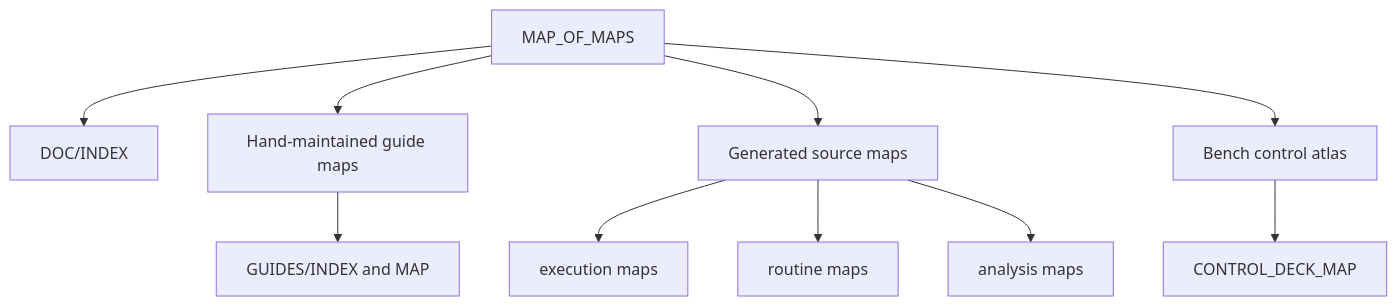
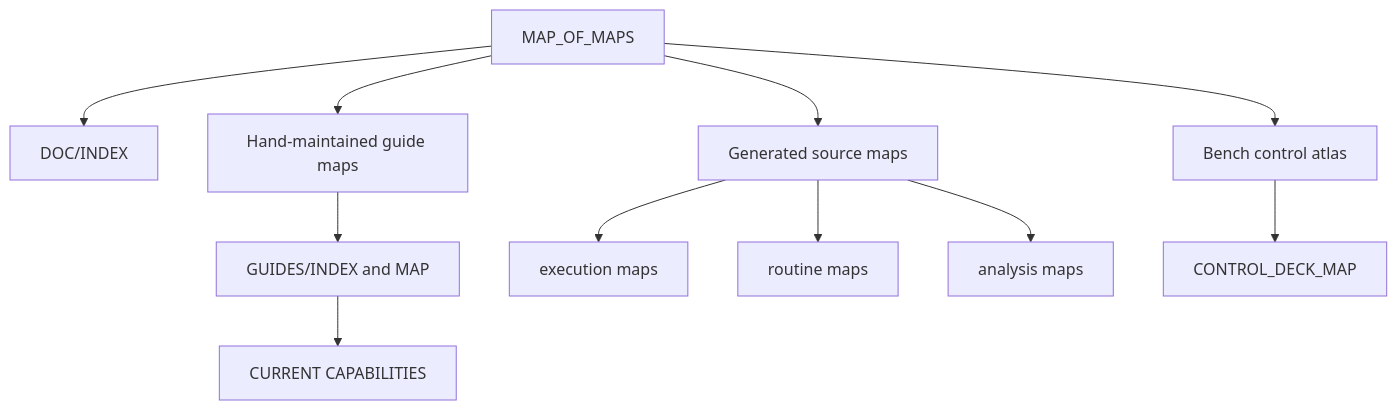
One commit to 95westus/R-YORS changed the first of 3 diagrams in DOC/GENERATED/MAP_OF_MAPS.md. Above: the diagram before and after it, drawn with Mermaid. The commit also changed other lines of this file and 94 other files, not shown here.

````diff
--- a/DOC/GENERATED/MAP_OF_MAPS.md
+++ b/DOC/GENERATED/MAP_OF_MAPS.md
@@ -40,12 +41,13 @@
 ```mermaid
 flowchart TD
     MOM[MAP_OF_MAPS] --> ENTRY[DOC/INDEX]
     MOM --> GUIDE[Hand-maintained guide maps]
     MOM --> GEN[Generated source maps]
     MOM --> BENCH[Bench control atlas]
     GUIDE --> GIDX[GUIDES/INDEX and MAP]
+    GIDX --> CAP[CURRENT CAPABILITIES]
     GEN --> EXEC[execution maps]
     GEN --> ROUTINE[routine maps]
     GEN --> ANALYSIS[analysis maps]
     BENCH --> DECKS[CONTROL_DECK_MAP]
 ```
````
